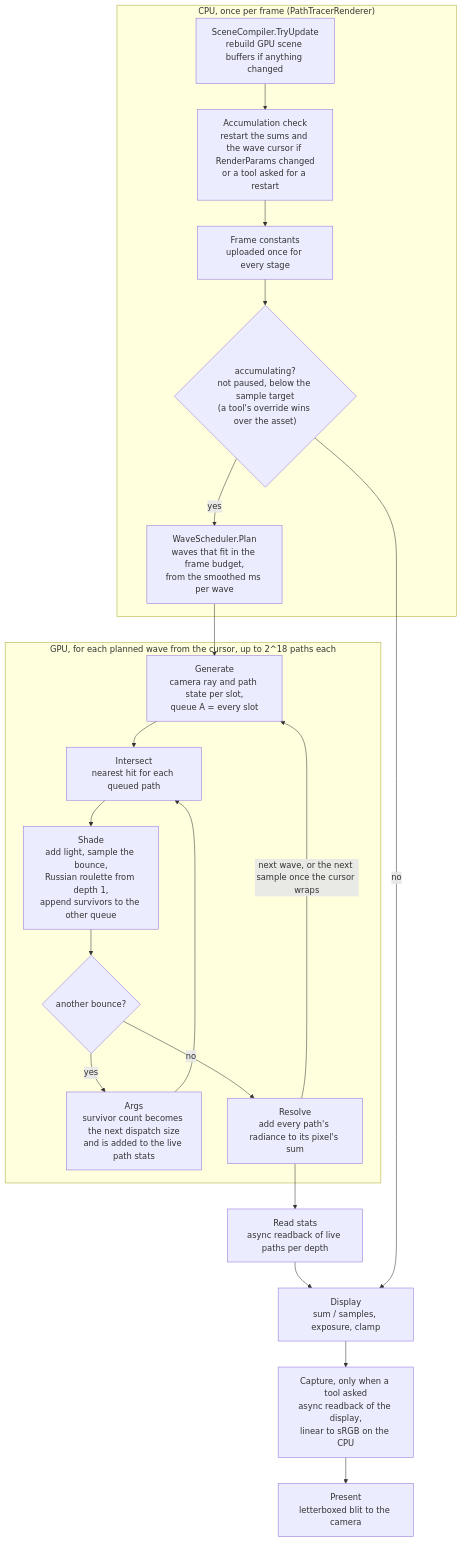
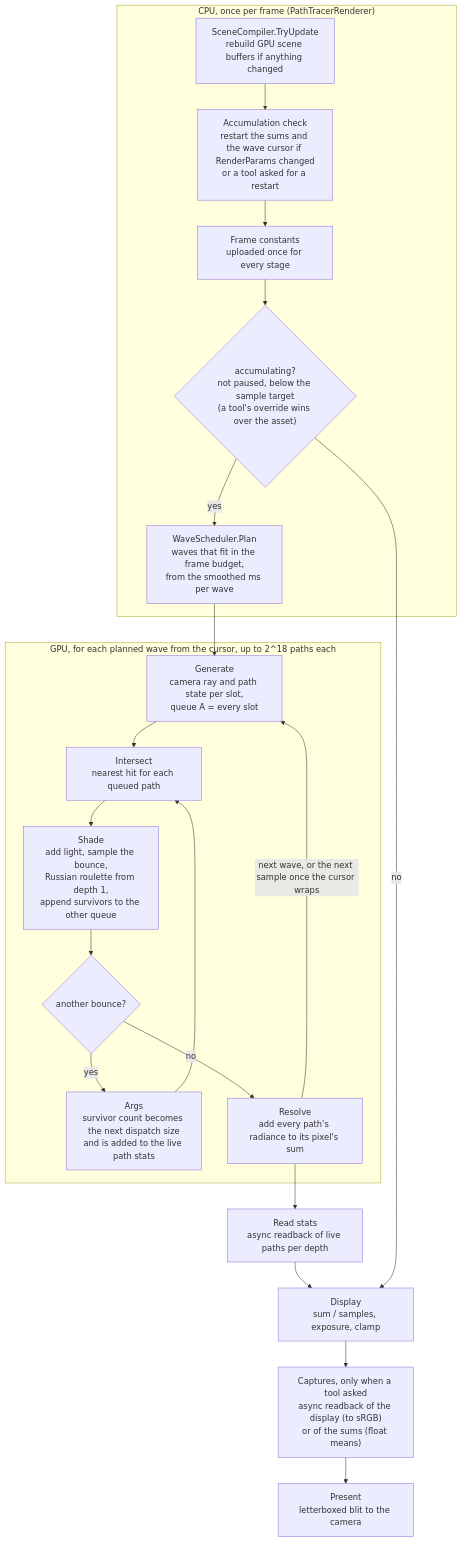
The diagram in Assets/SpectralPathTracer/Runtime/Rendering/README.md (Privnoval016/SpectralPathTracer), drawn with Mermaid before and after one commit. The commit also changed other lines of this file and 2 other files, not shown here.

Commit message:
docs: add the cp-23 devlog, a furnace check guide and the sums capture to the pipeline diagram

````diff
--- a/Assets/SpectralPathTracer/Runtime/Rendering/README.md
+++ b/Assets/SpectralPathTracer/Runtime/Rendering/README.md
@@ -7,32 +7,32 @@
 ```mermaid
 flowchart TD
     subgraph CPU["CPU, once per frame (PathTracerRenderer)"]
         scene["SceneCompiler.TryUpdate<br/>rebuild GPU scene buffers if anything changed"]
         reset["Accumulation check<br/>restart the sums and the wave cursor if RenderParams changed<br/>or a tool asked for a restart"]
         constants["Frame constants<br/>uploaded once for every stage"]
         decide{"accumulating?<br/>not paused, below the sample target<br/>(a tool's override wins over the asset)"}
         plan["WaveScheduler.Plan<br/>waves that fit in the frame budget,<br/>from the smoothed ms per wave"]
         scene --> reset --> constants --> decide
         decide -- yes --> plan
     end
 
     subgraph WAVE["GPU, for each planned wave from the cursor, up to 2^18 paths each"]
         gen["Generate<br/>camera ray and path state per slot,<br/>queue A = every slot"]
         isect["Intersect<br/>nearest hit for each queued path"]
         shade["Shade<br/>add light, sample the bounce,<br/>Russian roulette from depth 1,<br/>append survivors to the other queue"]
         more{"another bounce?"}
         args["Args<br/>survivor count becomes the next dispatch size<br/>and is added to the live path stats"]
         resolve["Resolve<br/>add every path's radiance to its pixel's sum"]
         gen --> isect --> shade --> more
         more -- yes --> args --> isect
         more -- no --> resolve
     end
 
     plan --> gen
     resolve -- "next wave, or the next sample once the cursor wraps" --> gen
     resolve --> readback["Read stats<br/>async readback of live paths per depth"]
     readback --> display
     decide -- no --> display
-    display["Display<br/>sum / samples, exposure, clamp"] --> capture["Capture, only when a tool asked<br/>async readback of the display,<br/>linear to sRGB on the CPU"]
+    display["Display<br/>sum / samples, exposure, clamp"] --> capture["Captures, only when a tool asked<br/>async readback of the display (to sRGB)<br/>or of the sums (float means)"]
     capture --> present["Present<br/>letterboxed blit to the camera"]
 ```
````
